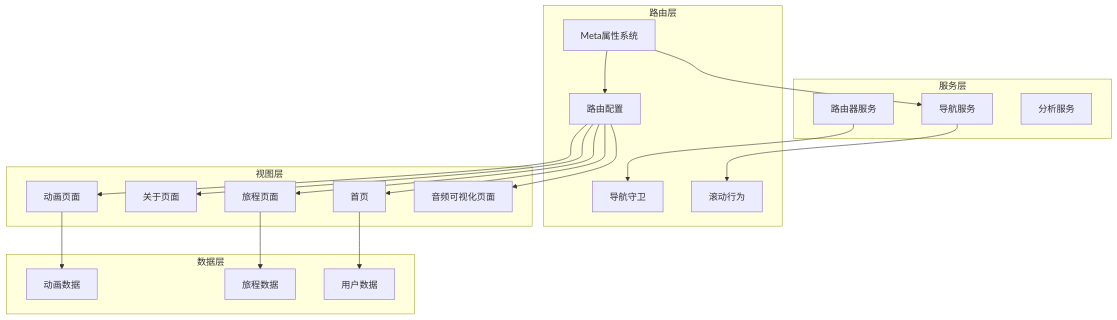
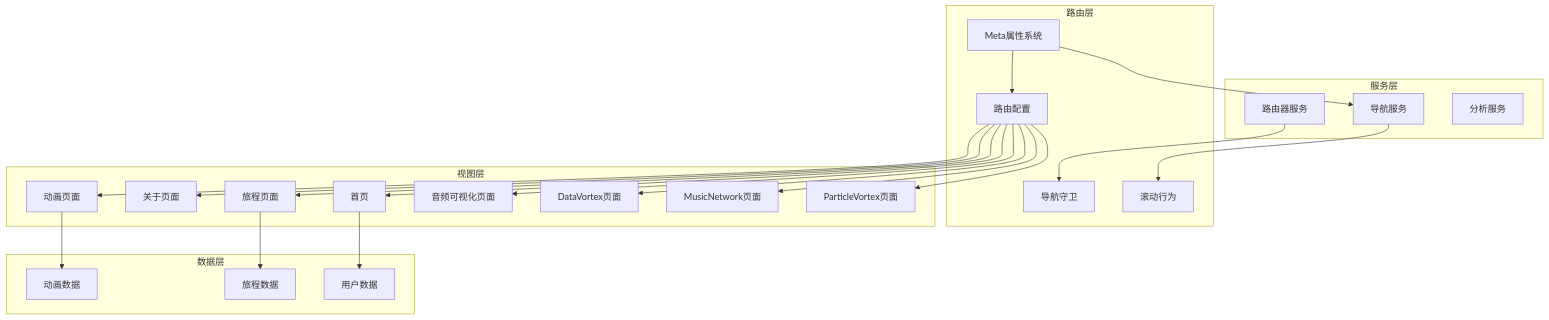
Before and after one commit to yuyezhizhi/yuyezhizhi.github.io: the fourth of 13 diagrams in .qoder/repowiki/zh/content/路由系统更新.md, drawn with Mermaid. The commit also changed other lines of this file and 14 other files, not shown here.

````diff
--- a/.qoder/repowiki/zh/content/路由系统更新.md
+++ b/.qoder/repowiki/zh/content/路由系统更新.md
@@ -163,38 +173,44 @@
 ```mermaid
 graph TB
 subgraph "路由层"
 RouteConfig[路由配置]
 MetaSystem[Meta属性系统]
 NavigationGuard[导航守卫]
 ScrollBehavior[滚动行为]
 end
 subgraph "视图层"
 HomePage[首页]
 AboutPage[关于页面]
 AnimationPages[动画页面]
 JourneyPages[旅程页面]
 AudioVisualization[音频可视化页面]
+DataVortexPage[DataVortex页面]
+MusicNetworkPage[MusicNetwork页面]
+ParticleVortexPage[ParticleVortex页面]
 end
 subgraph "数据层"
 AnimationData[动画数据]
 JourneyData[旅程数据]
 UserData[用户数据]
 end
 subgraph "服务层"
 RouterService[路由器服务]
 NavigationService[导航服务]
 AnalyticsService[分析服务]
 end
 RouteConfig --> HomePage
 RouteConfig --> AboutPage
 RouteConfig --> AnimationPages
 RouteConfig --> JourneyPages
 RouteConfig --> AudioVisualization
+RouteConfig --> DataVortexPage
+RouteConfig --> MusicNetworkPage
+RouteConfig --> ParticleVortexPage
 AnimationPages --> AnimationData
 JourneyPages --> JourneyData
 HomePage --> UserData
 RouterService --> NavigationGuard
 NavigationService --> ScrollBehavior
 MetaSystem --> RouteConfig
 MetaSystem --> NavigationService
 ```
````
